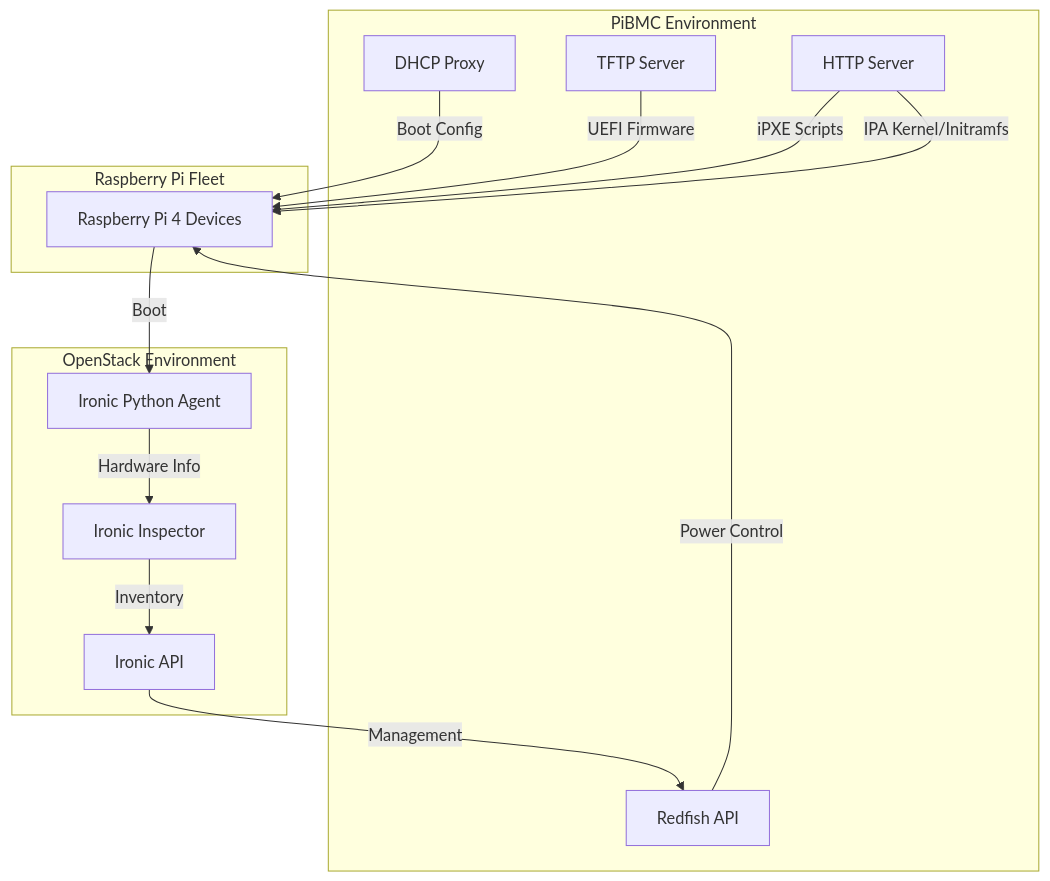
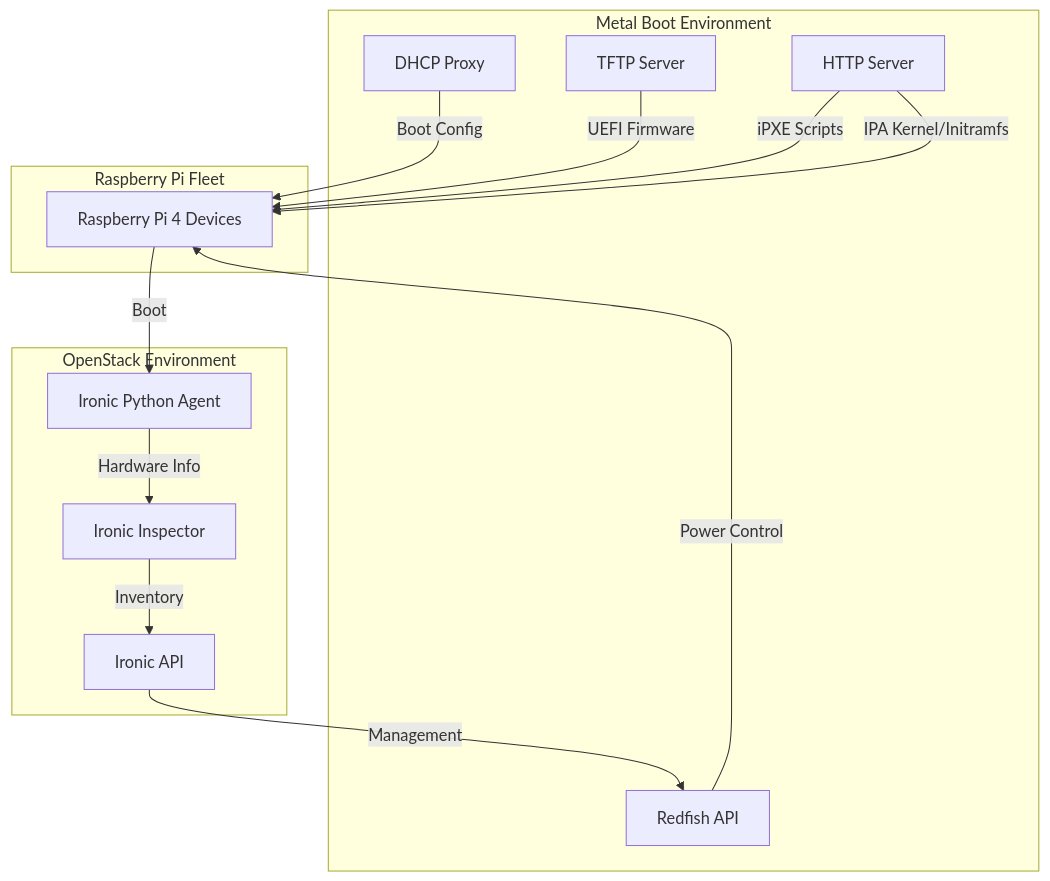
The fourth of 4 diagrams in README.md (metal3-community/metal-boot), drawn with Mermaid before and after one commit. The commit also changed other lines of this file and 9 other files, not shown here.

````diff
--- a/README.md
+++ b/README.md
@@ -336,30 +336,30 @@
 ```mermaid
 flowchart TD
-    subgraph "PiBMC Environment"
+    subgraph "Metal Boot Environment"
         DHCP[DHCP Proxy]
         TFTP[TFTP Server]
         HTTP[HTTP Server]
         Redfish[Redfish API]
     end
     
     subgraph "OpenStack Environment"
         Ironic[Ironic API]
         IPA[Ironic Python Agent]
         Inspector[Ironic Inspector]
     end
     
     subgraph "Raspberry Pi Fleet"
         Pi[Raspberry Pi 4 Devices]
     end
     
     DHCP -->|Boot Config| Pi
     TFTP -->|UEFI Firmware| Pi
     HTTP -->|iPXE Scripts| Pi
     HTTP -->|IPA Kernel/Initramfs| Pi
     
     Pi -->|Boot| IPA
     IPA -->|Hardware Info| Inspector
     Inspector -->|Inventory| Ironic
     Ironic -->|Management| Redfish
     Redfish -->|Power Control| Pi
 ```
````
